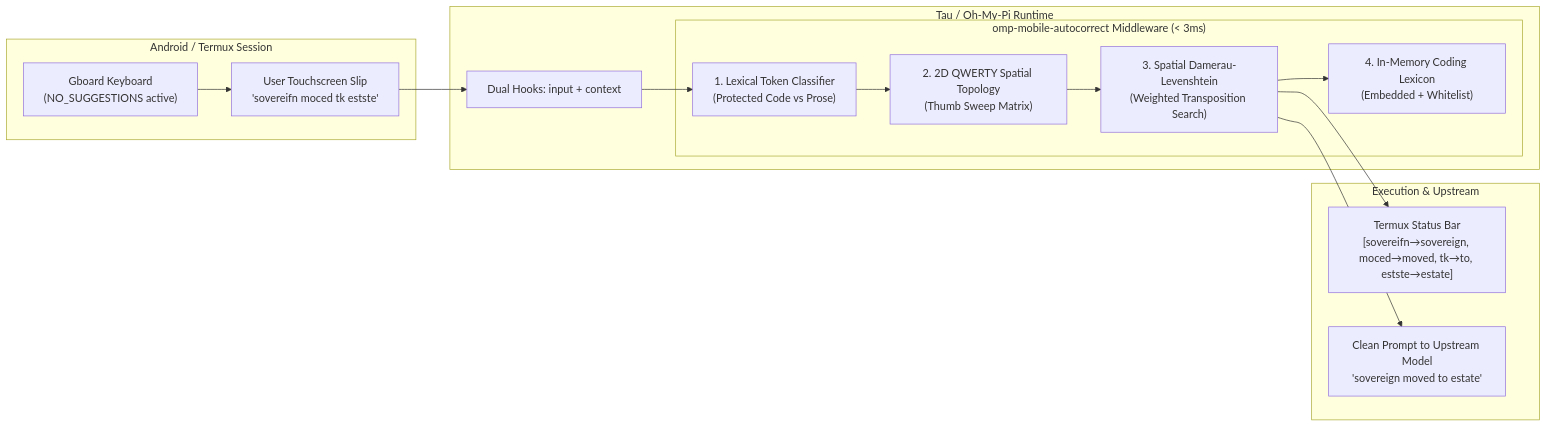
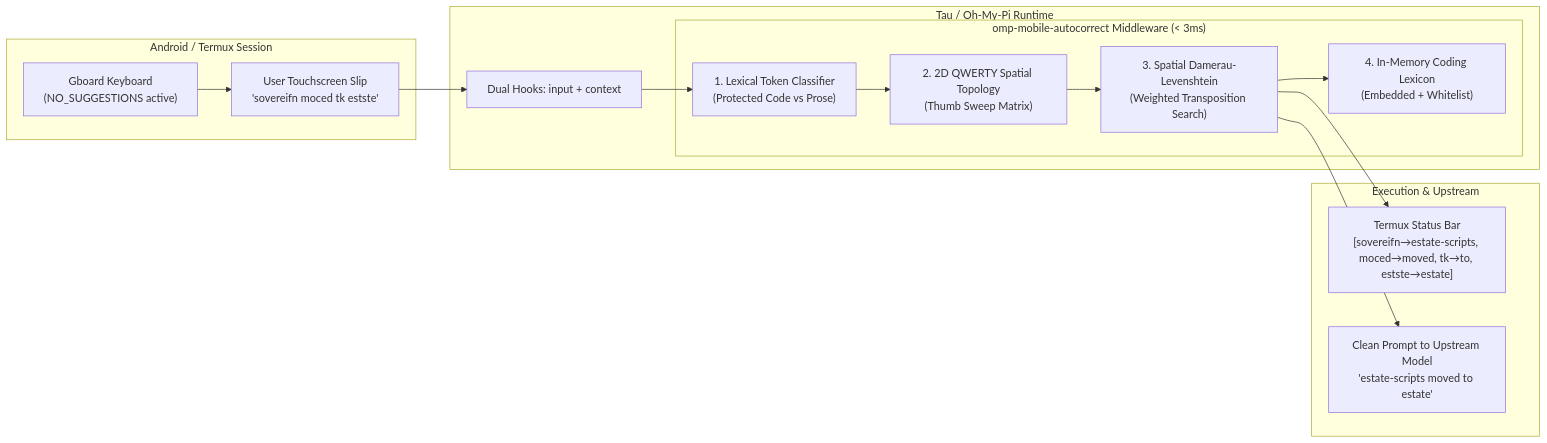
One commit to toxicwind/ranch changed the diagram in tau-marketplace/plugins/omp-mobile-autocorrect/README.md. Above: the diagram before and after it, drawn with Mermaid. The commit also changed other lines of this file and 633 other files, not shown here.

````diff
--- a/tau-marketplace/plugins/omp-mobile-autocorrect/README.md
+++ b/tau-marketplace/plugins/omp-mobile-autocorrect/README.md
@@ -20,27 +20,27 @@
 ```mermaid
 flowchart LR
     subgraph Android["Android / Termux Session"]
         Gboard["Gboard Keyboard<br/>(NO_SUGGESTIONS active)"]
         User["User Touchscreen Slip<br/>'sovereifn moced tk estste'"]
     end
 
     subgraph OMP["Tau / Oh-My-Pi Runtime"]
         subgraph MITM["omp-mobile-autocorrect Middleware (< 3ms)"]
             TC["1. Lexical Token Classifier<br/>(Protected Code vs Prose)"]
             SM["2. 2D QWERTY Spatial Topology<br/>(Thumb Sweep Matrix)"]
             DS["3. Spatial Damerau-Levenshtein<br/>(Weighted Transposition Search)"]
             LEX["4. In-Memory Coding Lexicon<br/>(Embedded + Whitelist)"]
         end
         Hook["Dual Hooks: input + context"]
     end
 
     subgraph Out["Execution & Upstream"]
-        TUI["Termux Status Bar<br/>[sovereifn→sovereign, moced→moved, tk→to, estste→estate]"]
-        LLM["Clean Prompt to Upstream Model<br/>'sovereign moved to estate'"]
+        TUI["Termux Status Bar<br/>[sovereifn→estate-scripts, moced→moved, tk→to, estste→estate]"]
+        LLM["Clean Prompt to Upstream Model<br/>'estate-scripts moved to estate'"]
     end
 
     Gboard --> User --> Hook
     Hook --> TC --> SM --> DS --> LEX
     DS --> TUI
     DS --> LLM
 ```
````
